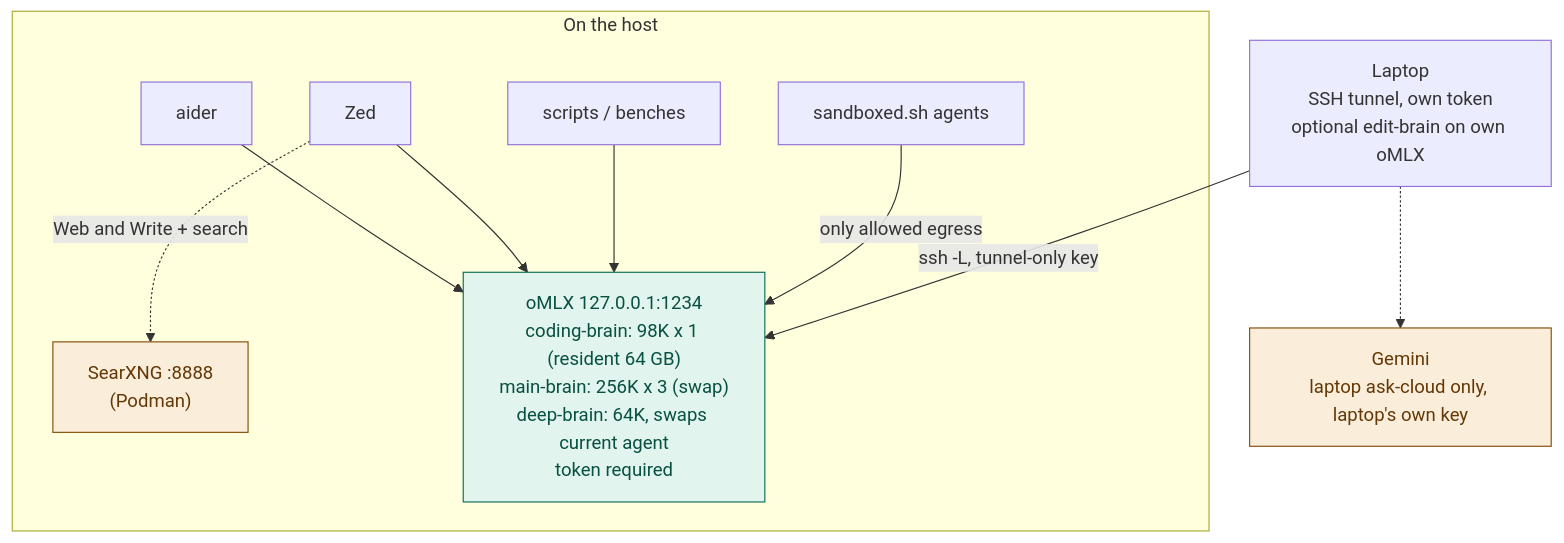
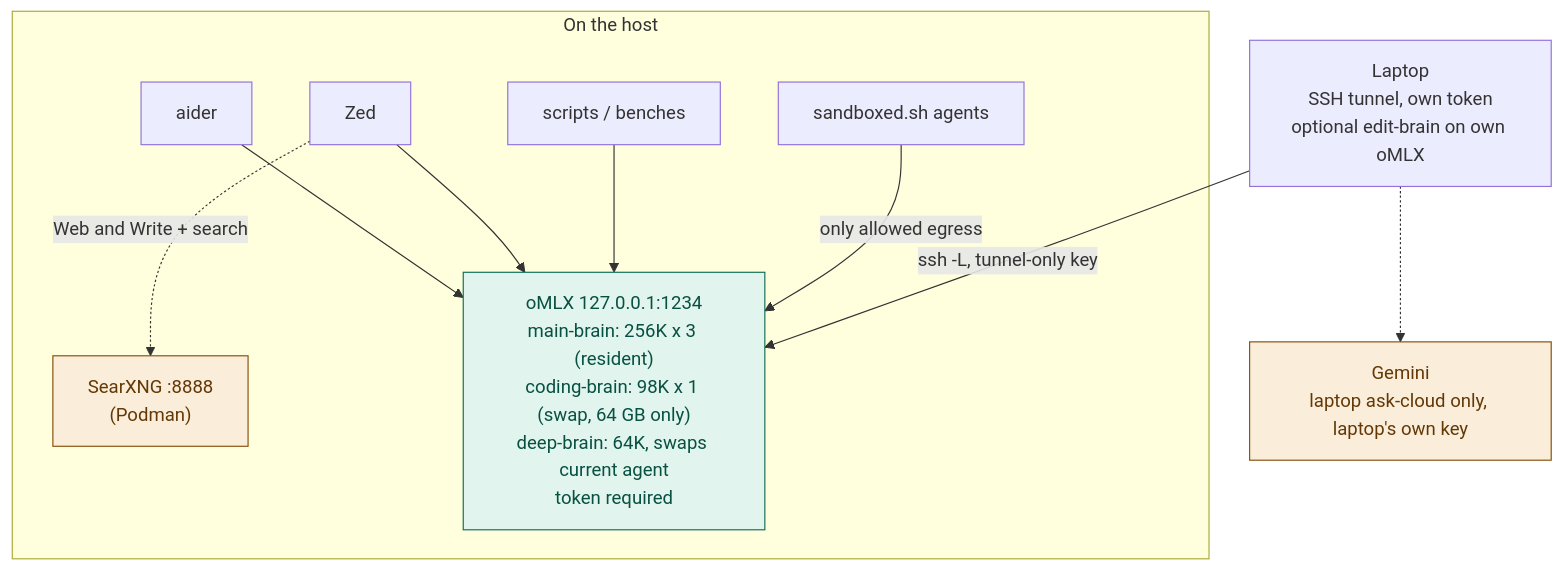
One commit to ouster/hearth changed the first of 2 diagrams in docs/ARCHITECTURE.md. Above: the diagram before and after it, drawn with Mermaid. The commit also changed other lines of this file and 23 other files, not shown here.

First line of the commit message:
Make main-brain the resident on every tier (ADR 0048).

````diff
--- a/docs/ARCHITECTURE.md
+++ b/docs/ARCHITECTURE.md
@@ -10,27 +10,27 @@
 ```mermaid
 flowchart TB
     subgraph onHost["On the host"]
         aider["aider"]
         zed["Zed"]
         scripts["scripts / benches"]
         searx["SearXNG :8888<br/>(Podman)"]
         sbx["sandboxed.sh agents"]
-        srv["oMLX 127.0.0.1:1234<br/>coding-brain: 98K x 1 (resident 64 GB)<br/>main-brain: 256K x 3 (swap)<br/>deep-brain: 64K, swaps current agent<br/>token required"]
+        srv["oMLX 127.0.0.1:1234<br/>main-brain: 256K x 3 (resident)<br/>coding-brain: 98K x 1 (swap, 64 GB only)<br/>deep-brain: 64K, swaps current agent<br/>token required"]
     end
 
     laptop["Laptop<br/>SSH tunnel, own token<br/>optional edit-brain on own oMLX"]
     cloud["Gemini<br/>laptop ask-cloud only, laptop's own key"]
 
     aider --> srv
     zed --> srv
     scripts --> srv
     zed -.->|"Web and Write + search"| searx
     sbx -->|"only allowed egress"| srv
     laptop -->|"ssh -L, tunnel-only key"| srv
     laptop -.-> cloud
 
     classDef localCls fill:#E1F5EE,stroke:#0F6E56,color:#085041
     classDef leaveCls fill:#FAEEDA,stroke:#854F0B,color:#633806
     class srv localCls
     class cloud,searx leaveCls
 ```
````
